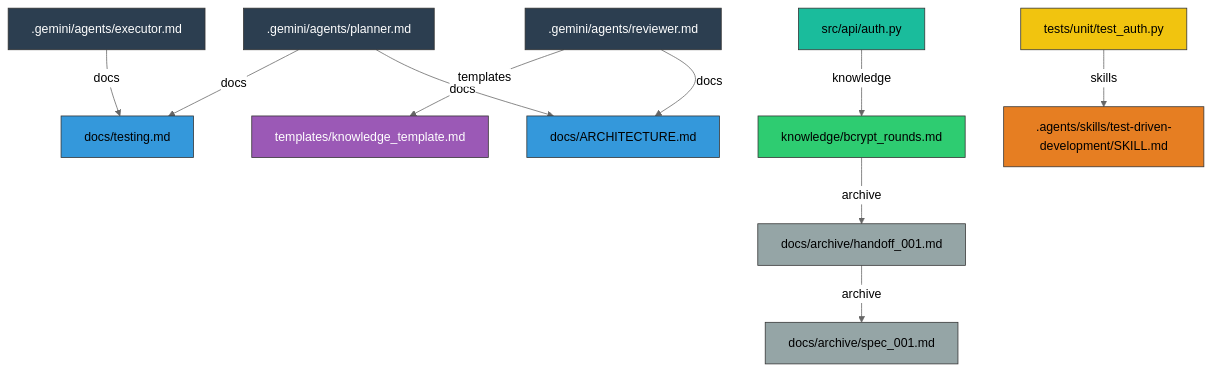
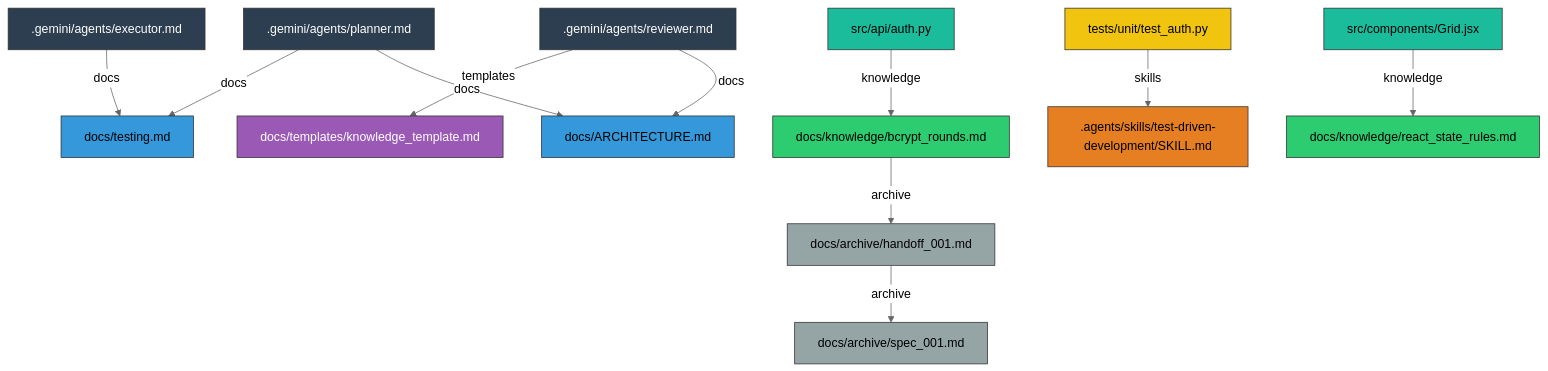
Before and after one commit to coretexthq/coretext: the diagram in docs/coretext/graph.md, drawn with Mermaid (neutral theme). The commit also changed 4 other files, not shown here.

Commit message:
refactor: standardize documentation paths and update visualization diagrams to reflect new project structure

````diff
--- a/docs/coretext/graph.md
+++ b/docs/coretext/graph.md
@@ -5,33 +5,36 @@
 ```mermaid
 graph TD
     classDef agents fill:#2c3e50,stroke:#333,stroke-width:1px,color:white;
     classDef skills fill:#e67e22,stroke:#333,stroke-width:1px,color:black;
     classDef docs fill:#3498db,stroke:#333,stroke-width:1px,color:black;
     classDef knowledge fill:#2ecc71,stroke:#333,stroke-width:1px,color:black;
     classDef templates fill:#9b59b6,stroke:#333,stroke-width:1px,color:white;
     classDef archive fill:#95a5a6,stroke:#333,stroke-width:1px,color:black;
     classDef coretext fill:#e74c3c,stroke:#333,stroke-width:1px,color:white;
     classDef src fill:#1abc9c,stroke:#333,stroke-width:1px,color:black;
     classDef tests fill:#f1c40f,stroke:#333,stroke-width:1px,color:black;
     _gemini_agents_planner_md[".gemini/agents/planner.md"] -->|docs| docs_ARCHITECTURE_md["docs/ARCHITECTURE.md"]
     _gemini_agents_planner_md[".gemini/agents/planner.md"] -->|docs| docs_testing_md["docs/testing.md"]
     _gemini_agents_executor_md[".gemini/agents/executor.md"] -->|docs| docs_testing_md["docs/testing.md"]
     _gemini_agents_reviewer_md[".gemini/agents/reviewer.md"] -->|docs| docs_ARCHITECTURE_md["docs/ARCHITECTURE.md"]
-    src_api_auth_py["src/api/auth.py"] -->|knowledge| knowledge_bcrypt_rounds_md["knowledge/bcrypt_rounds.md"]
-    _gemini_agents_reviewer_md[".gemini/agents/reviewer.md"] -->|templates| templates_knowledge_template_md["templates/knowledge_template.md"]
-    knowledge_bcrypt_rounds_md["knowledge/bcrypt_rounds.md"] -->|archive| docs_archive_handoff_001_md["docs/archive/handoff_001.md"]
+    src_api_auth_py["src/api/auth.py"] -->|knowledge| docs_knowledge_bcrypt_rounds_md["docs/knowledge/bcrypt_rounds.md"]
+    _gemini_agents_reviewer_md[".gemini/agents/reviewer.md"] -->|templates| docs_templates_knowledge_template_md["docs/templates/knowledge_template.md"]
+    docs_knowledge_bcrypt_rounds_md["docs/knowledge/bcrypt_rounds.md"] -->|archive| docs_archive_handoff_001_md["docs/archive/handoff_001.md"]
     docs_archive_handoff_001_md["docs/archive/handoff_001.md"] -->|archive| docs_archive_spec_001_md["docs/archive/spec_001.md"]
     tests_unit_test_auth_py["tests/unit/test_auth.py"] -->|skills| _agents_skills_test_driven_development_SKILL_md[".agents/skills/test-driven-development/SKILL.md"]
-    class knowledge_bcrypt_rounds_md knowledge
+    src_components_Grid_jsx["src/components/Grid.jsx"] -->|knowledge| docs_knowledge_react_state_rules_md["docs/knowledge/react_state_rules.md"]
+    class tests_unit_test_auth_py tests
+    class _agents_skills_test_driven_development_SKILL_md skills
+    class docs_testing_md docs
+    class docs_ARCHITECTURE_md docs
     class _gemini_agents_reviewer_md agents
-    class tests_unit_test_auth_py tests
+    class src_api_auth_py src
+    class docs_knowledge_bcrypt_rounds_md knowledge
+    class docs_templates_knowledge_template_md templates
+    class docs_archive_handoff_001_md archive
+    class docs_archive_spec_001_md archive
+    class docs_knowledge_react_state_rules_md knowledge
+    class _gemini_agents_planner_md agents
+    class src_components_Grid_jsx src
     class _gemini_agents_executor_md agents
-    class docs_ARCHITECTURE_md docs
-    class _gemini_agents_planner_md agents
-    class docs_testing_md docs
-    class templates_knowledge_template_md templates
-    class docs_archive_spec_001_md archive
-    class _agents_skills_test_driven_development_SKILL_md skills
-    class src_api_auth_py src
-    class docs_archive_handoff_001_md archive
 ```
````
